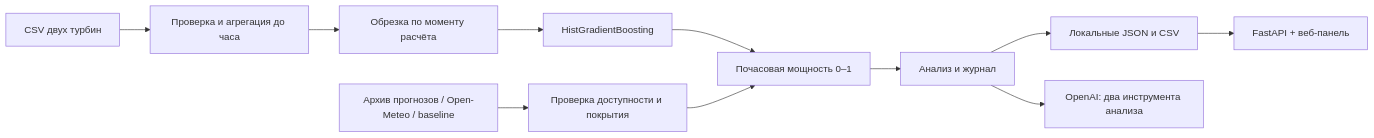
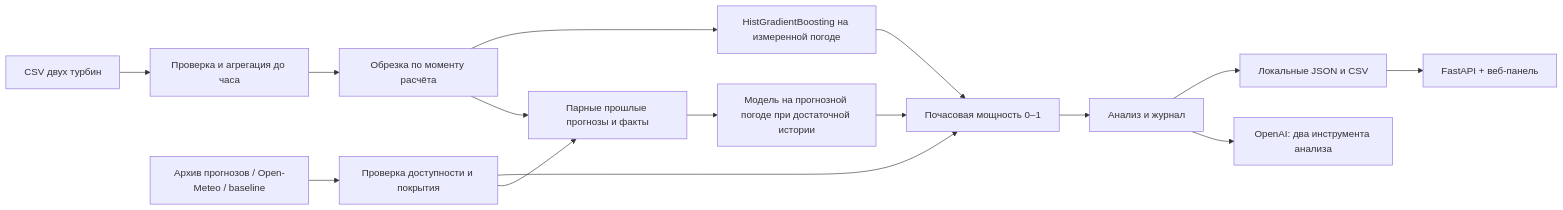
One commit to BAITC-Hacks/hack-ed0ebc3f-whesternunion changed the diagram in docs/architecture.md. Above: the diagram before and after it, drawn with Mermaid. The commit also changed other lines of this file and 8 other files, not shown here.

````diff
--- a/docs/architecture.md
+++ b/docs/architecture.md
@@ -3,13 +3,17 @@
 ```mermaid
 flowchart LR
     A[CSV двух турбин] --> B[Проверка и агрегация до часа]
     B --> C[Обрезка по моменту расчёта]
-    C --> D[HistGradientBoosting]
+    C --> D[HistGradientBoosting на измеренной погоде]
     E[Архив прогнозов / Open-Meteo / baseline] --> F[Проверка доступности и покрытия]
     D --> G[Почасовая мощность 0–1]
     F --> G
+    F --> L[Парные прошлые прогнозы и факты]
+    C --> L
+    L --> M[Модель на прогнозной погоде при достаточной истории]
+    M --> G
     G --> H[Анализ и журнал]
     H --> I[Локальные JSON и CSV]
     H --> J[OpenAI: два инструмента анализа]
     I --> K[FastAPI + веб-панель]
 ```
````
